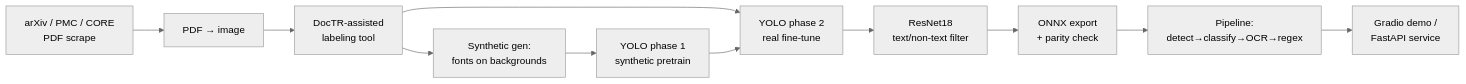
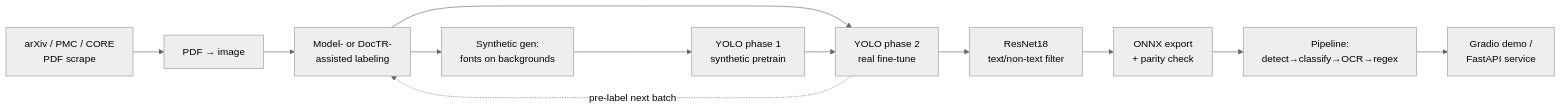
One commit to beimichen/flashmask changed the diagram in README.md. Above: the diagram before and after it, drawn with Mermaid (neutral theme). The commit also changed other lines of this file and 7 other files, not shown here.

First line of the commit message:
Add model-in-the-loop pre-labeling (data flywheel) + set author name

````diff
--- a/README.md
+++ b/README.md
@@ -51,13 +51,14 @@
 ```mermaid
 flowchart LR
     A[arXiv / PMC / CORE<br/>PDF scrape] --> B[PDF → image]
-    B --> C[DocTR-assisted<br/>labeling tool]
+    B --> C[Model- or DocTR-<br/>assisted labeling]
     C --> D[Synthetic gen:<br/>fonts on backgrounds]
     D --> E[YOLO phase 1<br/>synthetic pretrain]
     C --> F[YOLO phase 2<br/>real fine-tune]
     E --> F
     F --> G[ResNet18<br/>text/non-text filter]
     G --> H[ONNX export<br/>+ parity check]
     H --> I[Pipeline:<br/>detect→classify→OCR→regex]
     I --> J[Gradio demo /<br/>FastAPI service]
+    F -.->|pre-label next batch| C
 ```
````
